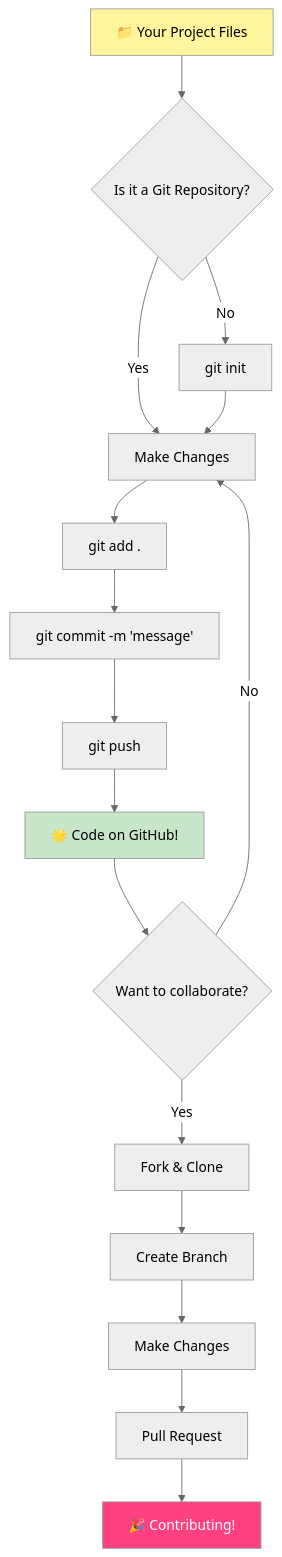
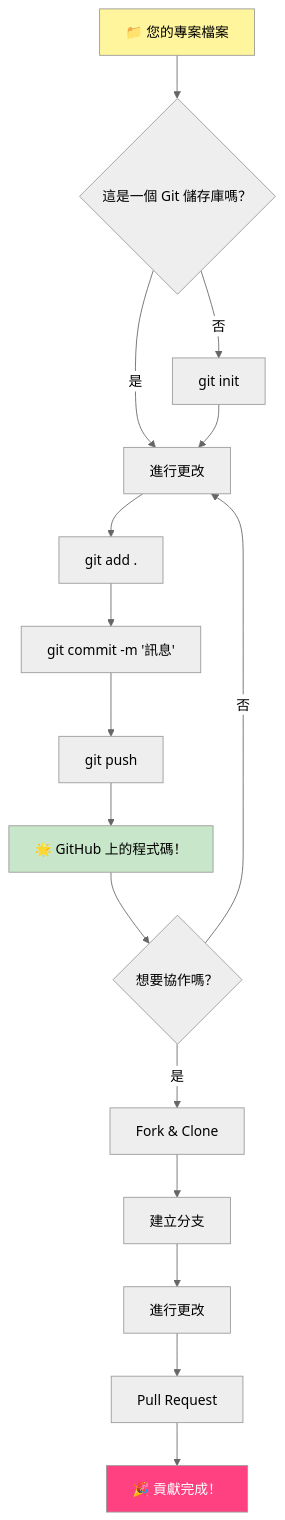
Before and after one commit to microsoft/Web-Dev-For-Beginners: the second of 7 diagrams in translations/mo/1-getting-started-lessons/2-github-basics/README.md, drawn with Mermaid (neutral theme). The commit also changed other lines of this file and 17 other files, not shown here.

````diff
--- a/translations/mo/1-getting-started-lessons/2-github-basics/README.md
+++ b/translations/mo/1-getting-started-lessons/2-github-basics/README.md
@@ -131,23 +130,23 @@
 ```mermaid
 flowchart TD
-    A[📁 Your Project Files] --> B{Is it a Git Repository?}
-    B -->|No| C[git init]
-    B -->|Yes| D[Make Changes]
+    A[📁 您的專案檔案] --> B{這是一個 Git 儲存庫嗎？}
+    B -->|否| C[git init]
+    B -->|是| D[進行更改]
     C --> D
     D --> E[git add .]
-    E --> F["git commit -m 'message'"]
+    E --> F["git commit -m '訊息'"]
     F --> G[git push]
-    G --> H[🌟 Code on GitHub!]
+    G --> H[🌟 GitHub 上的程式碼！]
     
-    H --> I{Want to collaborate?}
-    I -->|Yes| J[Fork & Clone]
-    I -->|No| D
-    J --> K[Create Branch]
-    K --> L[Make Changes]
+    H --> I{想要協作嗎？}
+    I -->|是| J[Fork & Clone]
+    I -->|否| D
+    J --> K[建立分支]
+    K --> L[進行更改]
     L --> M[Pull Request]
-    M --> N[🎉 Contributing!]
+    M --> N[🎉 貢獻完成！]
     
     style A fill:#fff59d
     style H fill:#c8e6c9
     style N fill:#ff4081,color:#fff
 ```
````
